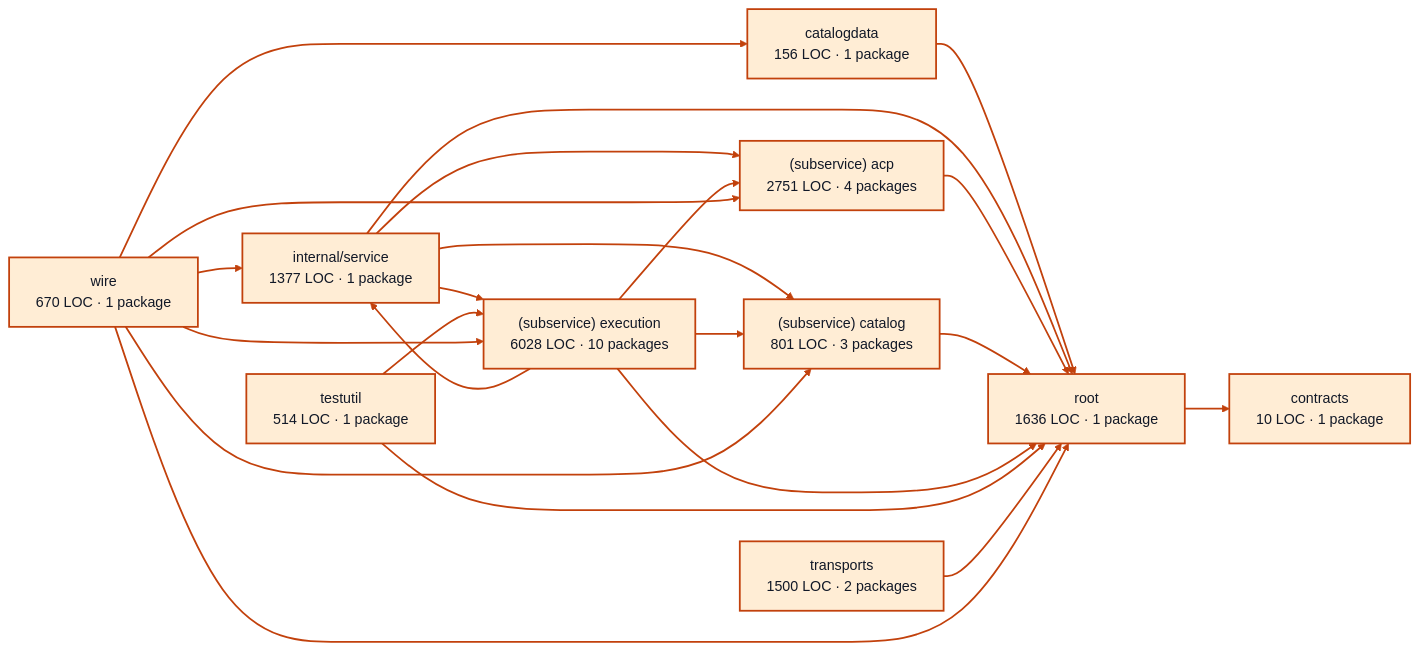
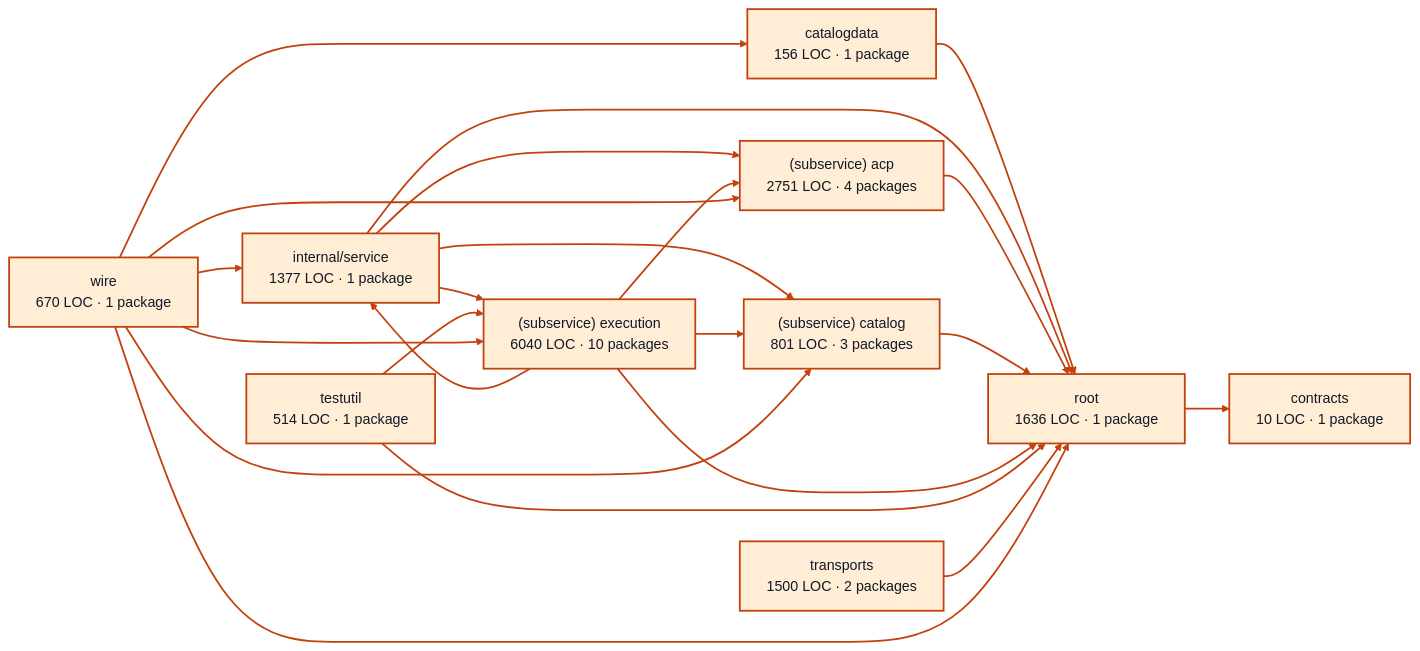
The diagram in docs/architecture/visualizations/services/providers.md (portpowered/you-agent-factory), drawn with Mermaid before and after one commit. The commit also changed other lines of this file and 20 other files, not shown here.

Commit message:
docs: refresh backend architecture visualizations

````diff
--- a/docs/architecture/visualizations/services/providers.md
+++ b/docs/architecture/visualizations/services/providers.md
@@ -11,45 +11,45 @@
 ```mermaid
 flowchart LR
   p0["catalogdata<br/>156 LOC · 1 package"]
   p1["contracts<br/>10 LOC · 1 package"]
   p2["internal/service<br/>1377 LOC · 1 package"]
   p3["(subservice) acp<br/>2751 LOC · 4 packages"]
   p4["(subservice) catalog<br/>801 LOC · 3 packages"]
-  p5["(subservice) execution<br/>6028 LOC · 10 packages"]
+  p5["(subservice) execution<br/>6040 LOC · 10 packages"]
   p6["testutil<br/>514 LOC · 1 package"]
   p7["root<br/>1636 LOC · 1 package"]
   p8["transports<br/>1500 LOC · 2 packages"]
   p9["wire<br/>670 LOC · 1 package"]
   p0 --> p7
   p2 --> p3
   p2 --> p4
   p2 --> p5
   p2 --> p7
   p3 --> p7
   p4 --> p7
   p5 --> p2
   p5 --> p3
   p5 --> p4
   p5 --> p7
   p6 --> p5
   p6 --> p7
   p7 --> p1
   p8 --> p7
   p9 --> p0
   p9 --> p2
   p9 --> p3
   p9 --> p4
   p9 --> p5
   p9 --> p7
   style p0 fill:#ffedd5,stroke:#c2410c,stroke-width:2px,color:#111827
   style p1 fill:#ffedd5,stroke:#c2410c,stroke-width:2px,color:#111827
   style p2 fill:#ffedd5,stroke:#c2410c,stroke-width:2px,color:#111827
   style p3 fill:#ffedd5,stroke:#c2410c,stroke-width:2px,color:#111827
   style p4 fill:#ffedd5,stroke:#c2410c,stroke-width:2px,color:#111827
   style p5 fill:#ffedd5,stroke:#c2410c,stroke-width:2px,color:#111827
   style p6 fill:#ffedd5,stroke:#c2410c,stroke-width:2px,color:#111827
   style p7 fill:#ffedd5,stroke:#c2410c,stroke-width:2px,color:#111827
   style p8 fill:#ffedd5,stroke:#c2410c,stroke-width:2px,color:#111827
   style p9 fill:#ffedd5,stroke:#c2410c,stroke-width:2px,color:#111827
   linkStyle default stroke:#c2410c,stroke-width:2px
 ```
````
